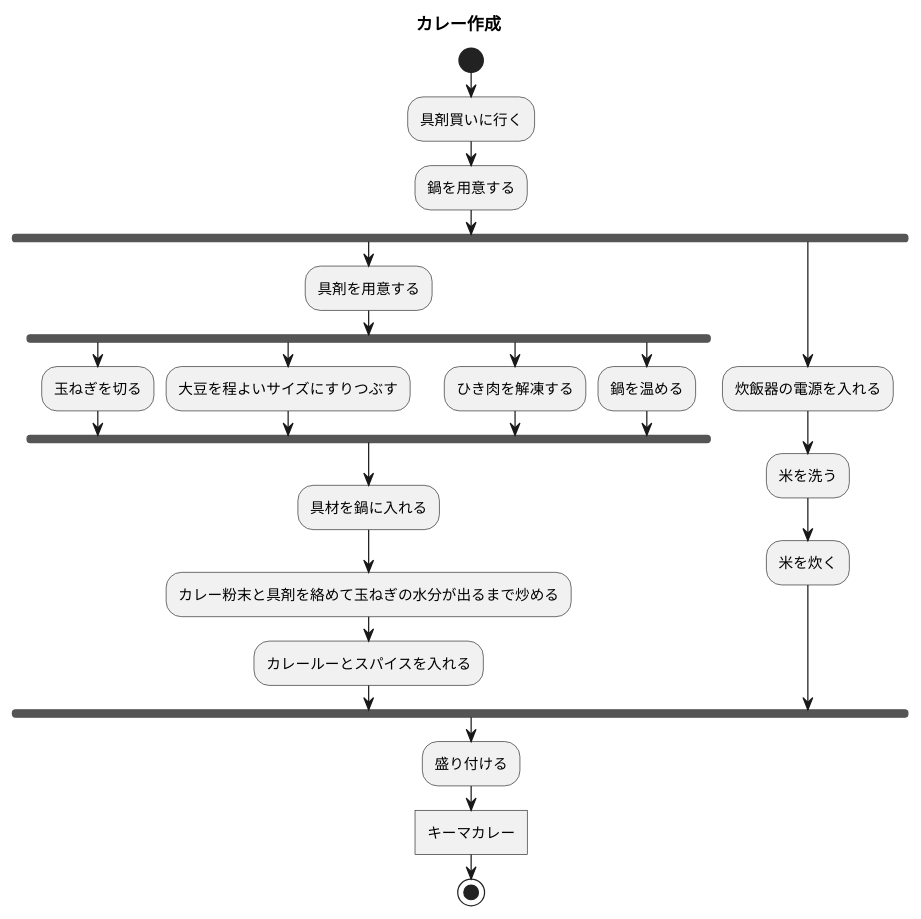
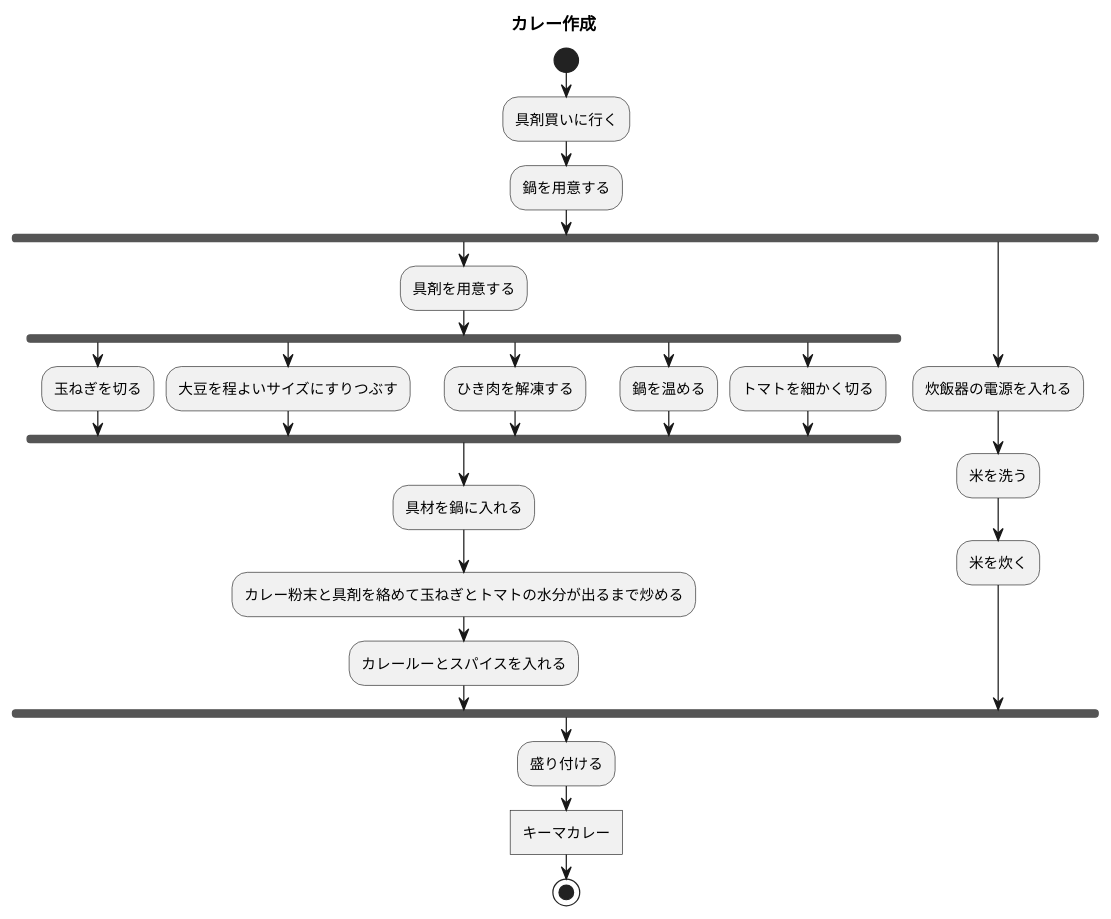
Before and after one commit to itouayumu/uml-introduction-: the diagram in 7章練習_ACカレーライス.pu, drawn with PlantUML.

Commit message:
修正

```diff
--- a/7章練習_ACカレーライス.pu
+++ b/7章練習_ACカレーライス.pu
@@ -1,29 +1,31 @@
 @startuml 並列処理
 title カレー作成
 start
 :具剤買いに行く;
 :鍋を用意する;
 fork
 :具剤を用意する;
 fork
 :玉ねぎを切る;
 fork again
 :大豆を程よいサイズにすりつぶす;
 fork again
 :ひき肉を解凍する;
 fork again
 :鍋を温める;
+fork again
+:トマトを細かく切る;
 end fork
 :具材を鍋に入れる;
-:カレー粉末と具剤を絡めて玉ねぎの水分が出るまで炒める;
+:カレー粉末と具剤を絡めて玉ねぎとトマトの水分が出るまで炒める;
 :カレールーとスパイスを入れる;
 fork again
 :炊飯器の電源を入れる;
 :米を洗う;
 :米を炊く;
 
 end fork
 :盛り付ける;
 :キーマカレー]
 stop
 @enduml
```
